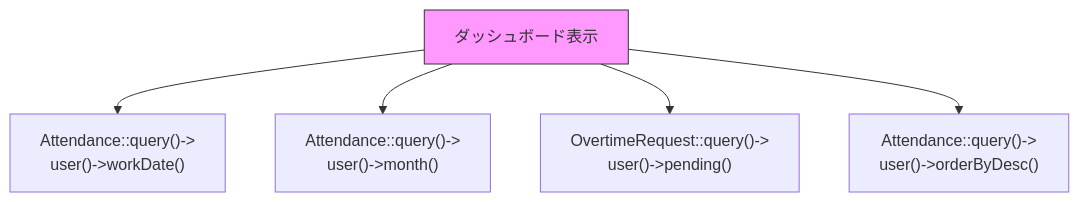
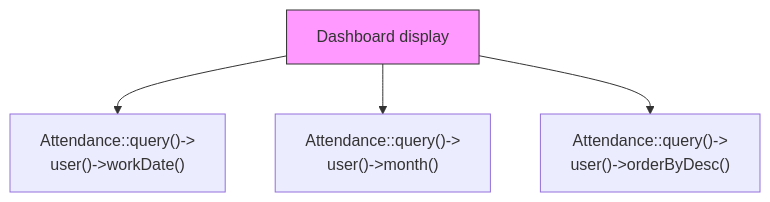
One commit to miyazakisora111/time-attendance changed the diagram in docs/dev/query-optimization.md. Above: the diagram before and after it, drawn with Mermaid. The commit also changed other lines of this file and 118 other files, not shown here.

````diff
--- a/docs/dev/query-optimization.md
+++ b/docs/dev/query-optimization.md
@@ -51,9 +51,8 @@
 ```mermaid
 flowchart TD
-    A[ダッシュボード表示] --> B["Attendance::query()-><br/>user()->workDate()"]
+    A[Dashboard display] --> B["Attendance::query()-><br/>user()->workDate()"]
     A --> C["Attendance::query()-><br/>user()->month()"]
-    A --> D["OvertimeRequest::query()-><br/>user()->pending()"]
     A --> E["Attendance::query()-><br/>user()->orderByDesc()"]
 
     style A fill:#f9f,stroke:#333
 ```
````
